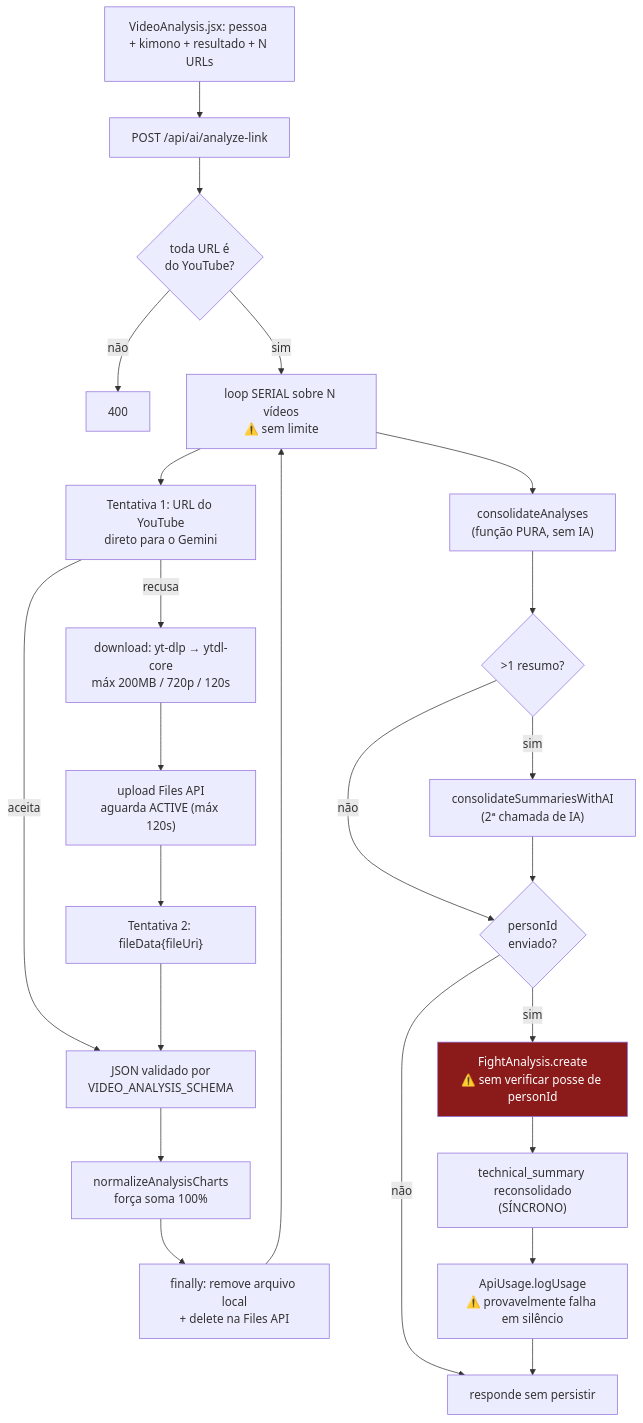
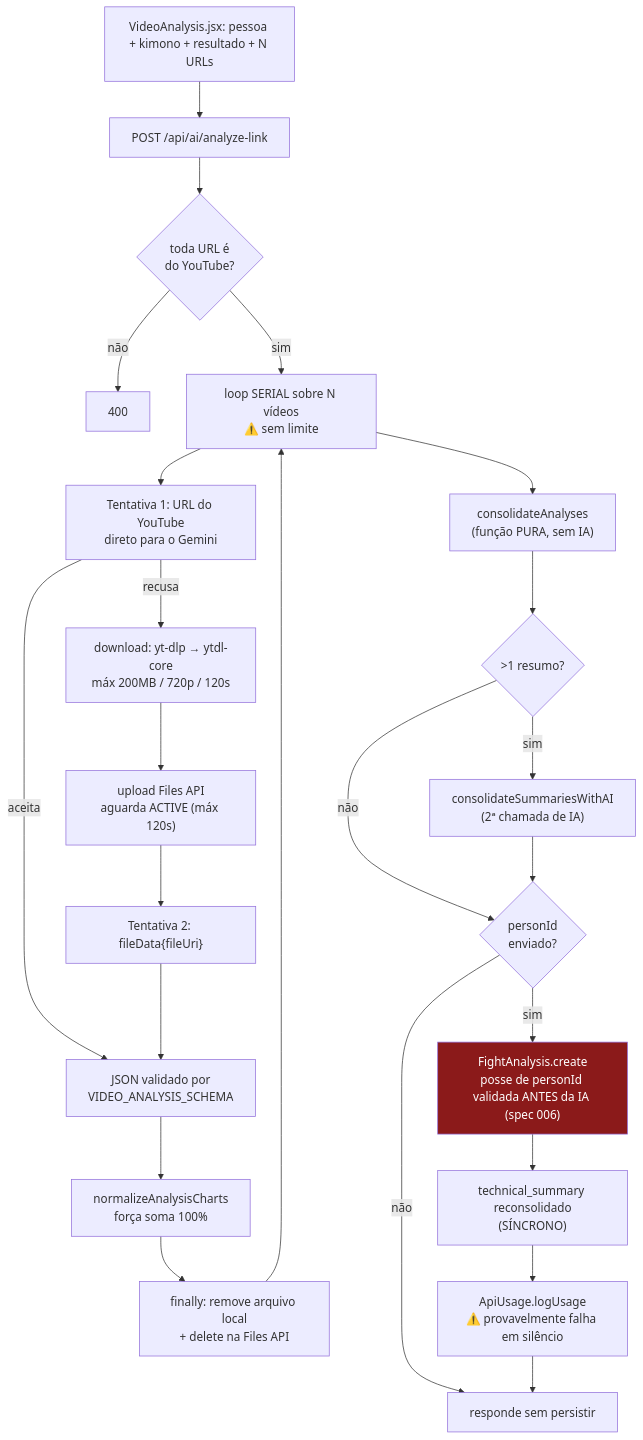
One commit to lucasxtech/JiuMetrics changed the diagram in docs/modules/fight-analysis.md. Above: the diagram before and after it, drawn with Mermaid. The commit also changed other lines of this file and 14 other files, not shown here.

````diff
--- a/docs/modules/fight-analysis.md
+++ b/docs/modules/fight-analysis.md
@@ -77,30 +77,30 @@
 ```mermaid
 flowchart TD
     UI["VideoAnalysis.jsx: pessoa + kimono + resultado + N URLs"] --> POST["POST /api/ai/analyze-link"]
     POST --> VAL{"toda URL é<br/>do YouTube?"}
     VAL -->|não| E400["400"]
     VAL -->|sim| LOOP["loop SERIAL sobre N vídeos<br/>⚠️ sem limite"]
 
     LOOP --> T1["Tentativa 1: URL do YouTube<br/>direto para o Gemini"]
     T1 -->|aceita| SCHEMA["JSON validado por<br/>VIDEO_ANALYSIS_SCHEMA"]
     T1 -->|recusa| DL["download: yt-dlp → ytdl-core<br/>máx 200MB / 720p / 120s"]
     DL --> UP["upload Files API<br/>aguarda ACTIVE (máx 120s)"]
     UP --> T2["Tentativa 2: fileData{fileUri}"]
     T2 --> SCHEMA
     SCHEMA --> NORM["normalizeAnalysisCharts<br/>força soma 100%"]
     NORM --> CLEAN["finally: remove arquivo local<br/>+ delete na Files API"]
     CLEAN --> LOOP
 
     LOOP --> CONS["consolidateAnalyses<br/>(função PURA, sem IA)"]
     CONS --> MULTI{">1 resumo?"}
     MULTI -->|sim| AI2["consolidateSummariesWithAI<br/>(2ª chamada de IA)"]
     MULTI -->|não| SAVE
     AI2 --> SAVE{"personId<br/>enviado?"}
     SAVE -->|não| RESP["responde sem persistir"]
-    SAVE -->|sim| INS["FightAnalysis.create<br/>⚠️ sem verificar posse de personId"]
+    SAVE -->|sim| INS["FightAnalysis.create<br/>posse de personId validada ANTES da IA (spec 006)"]
     INS --> TS["technical_summary reconsolidado<br/>(SÍNCRONO)"]
     TS --> USAGE["ApiUsage.logUsage<br/>⚠️ provavelmente falha em silêncio"]
     USAGE --> RESP
 
     style INS fill:#8b1a1a,color:#fff
 ```
````
